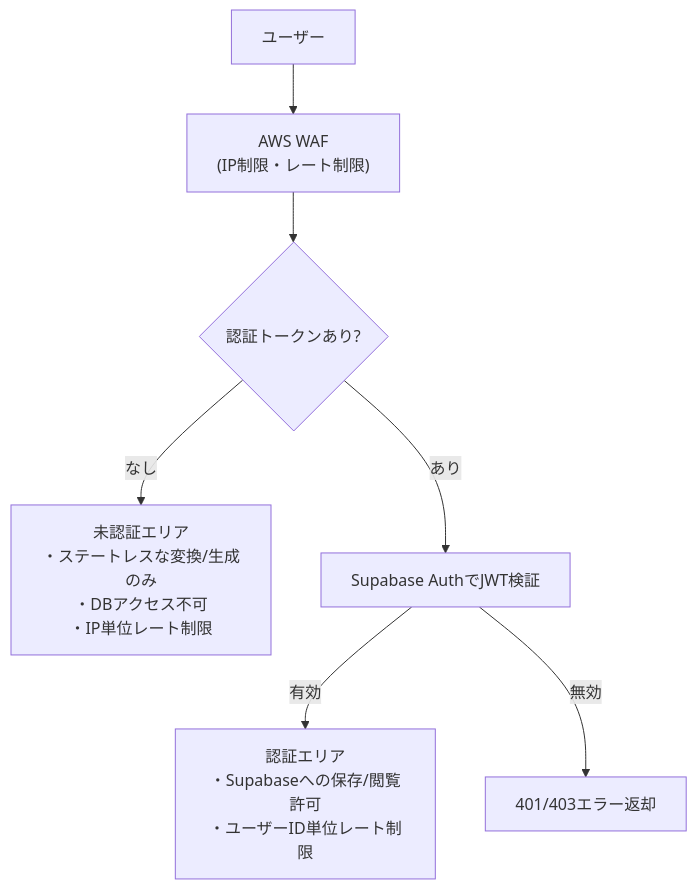
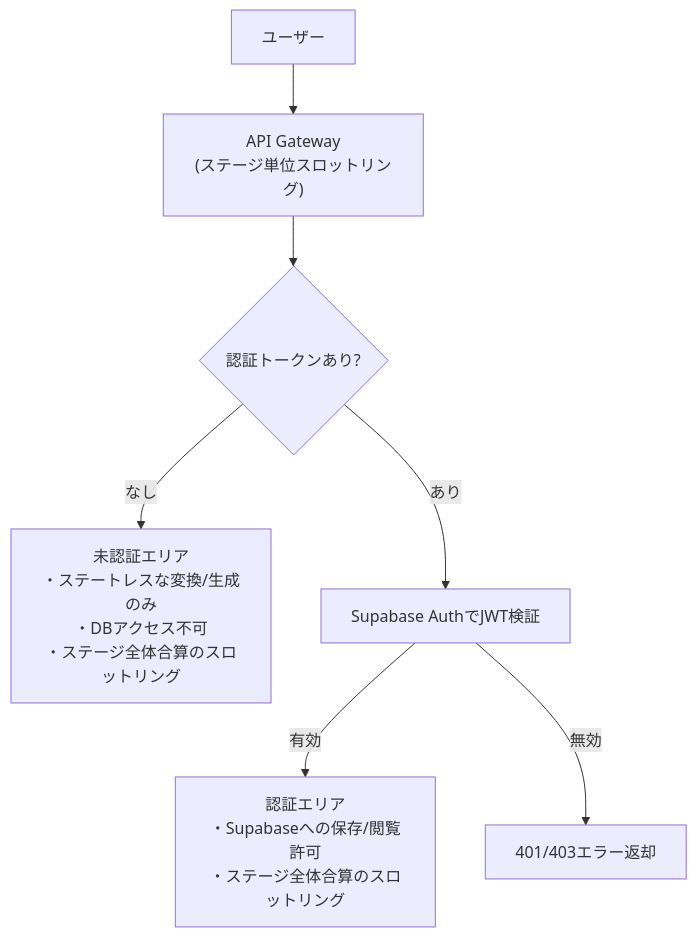
The third of 4 diagrams in docs/architecture.md (EisukeHishikawa/adapt-sheet), drawn with Mermaid before and after one commit. The commit also changed other lines of this file and 15 other files, not shown here.

````diff
--- a/docs/architecture.md
+++ b/docs/architecture.md
@@ -86,10 +85,10 @@
 ```mermaid
 flowchart TD
-    User["ユーザー"] --> WAF["AWS WAF\n(IP制限・レート制限)"]
-    WAF --> Router{"認証トークンあり?"}
+    User["ユーザー"] --> APIGW["API Gateway\n(ステージ単位スロットリング)"]
+    APIGW --> Router{"認証トークンあり?"}
 
-    Router -->|なし| Public["未認証エリア\n・ステートレスな変換/生成のみ\n・DBアクセス不可\n・IP単位レート制限"]
+    Router -->|なし| Public["未認証エリア\n・ステートレスな変換/生成のみ\n・DBアクセス不可\n・ステージ全体合算のスロットリング"]
     Router -->|あり| SupabaseAuthCheck["Supabase AuthでJWT検証"]
-    SupabaseAuthCheck -->|有効| Private["認証エリア\n・Supabaseへの保存/閲覧許可\n・ユーザーID単位レート制限"]
+    SupabaseAuthCheck -->|有効| Private["認証エリア\n・Supabaseへの保存/閲覧許可\n・ステージ全体合算のスロットリング"]
     SupabaseAuthCheck -->|無効| Reject["401/403エラー返却"]
 ```
````
